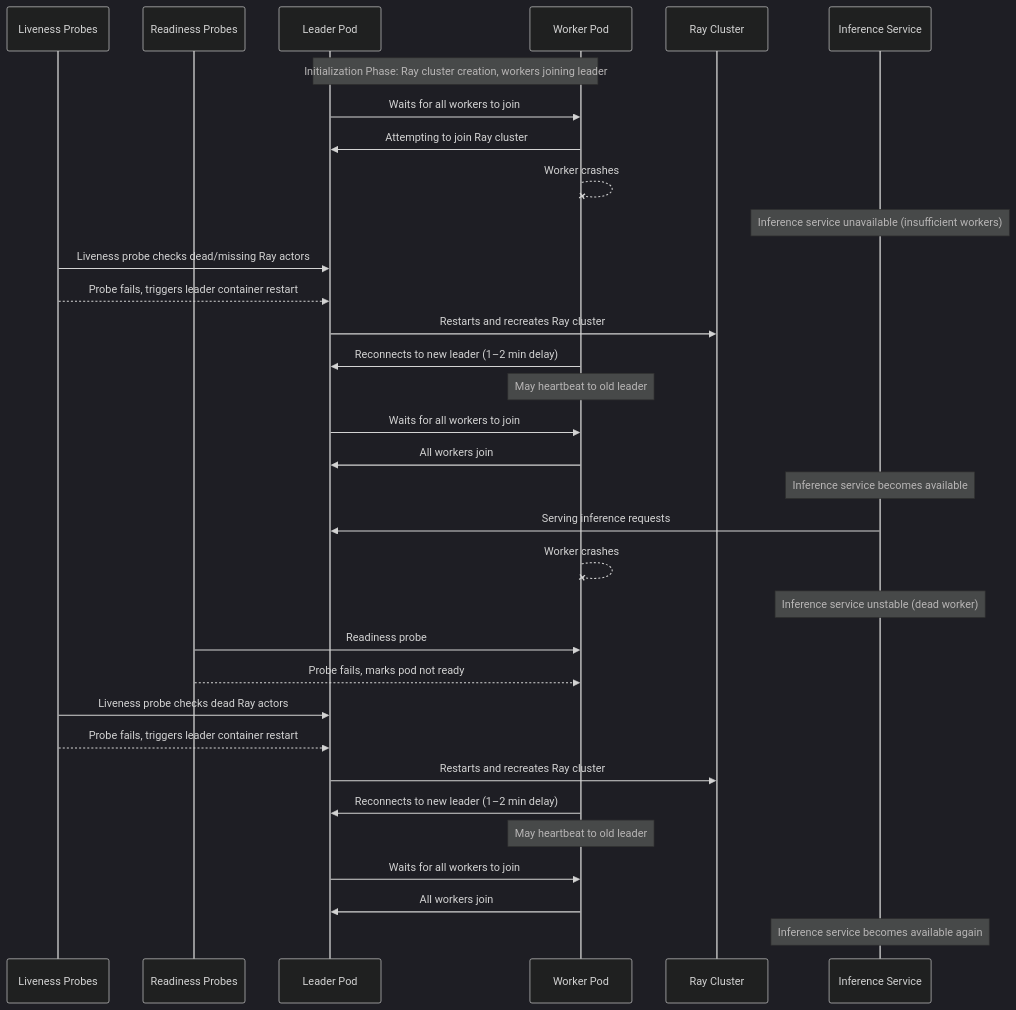
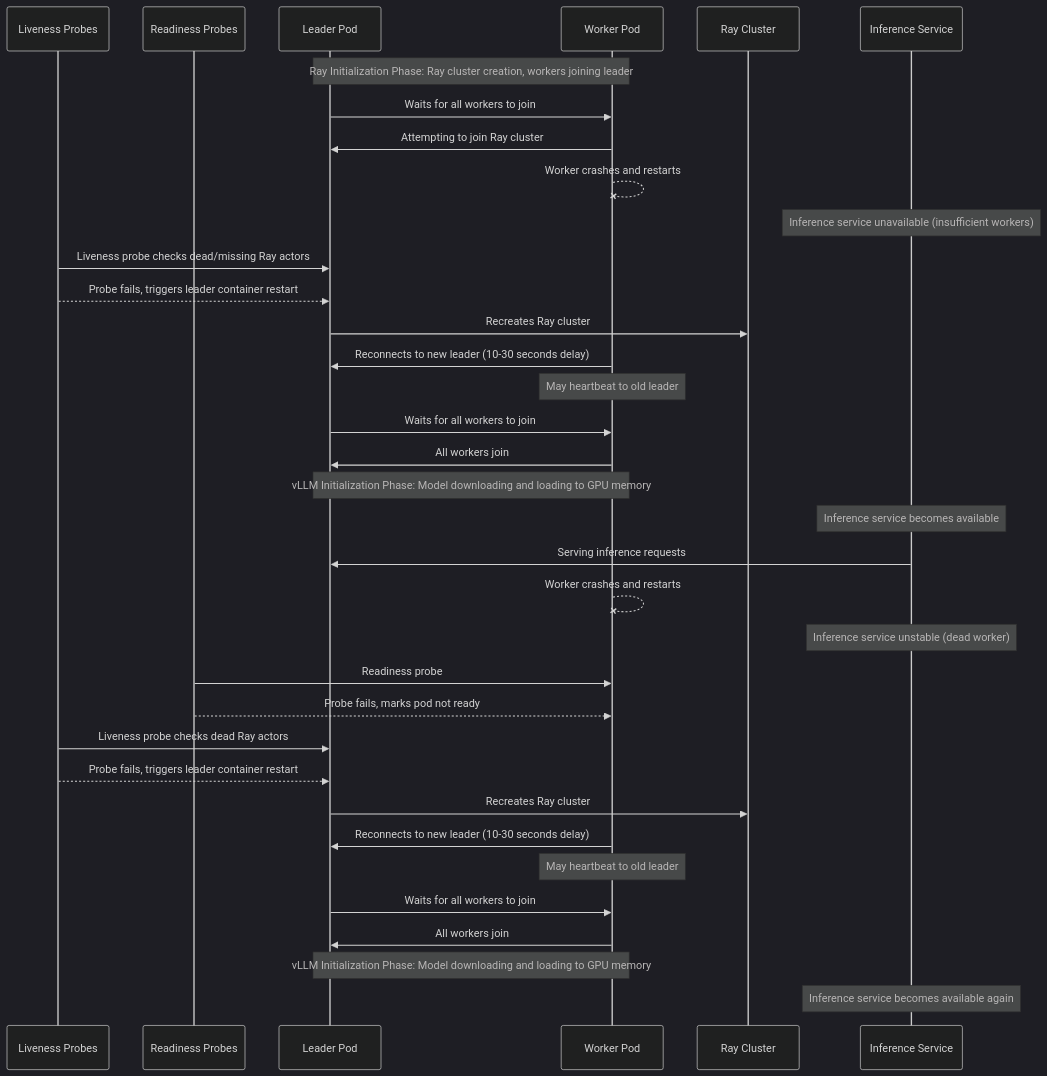
Before and after one commit to kaito-project/kaito: the second of 2 diagrams in docs/proposals/20250325-distributed-inference.md, drawn with Mermaid (dark theme). The commit also changed other lines of this file, not shown here.

````diff
--- a/docs/proposals/20250325-distributed-inference.md
+++ b/docs/proposals/20250325-distributed-inference.md
@@ -203,40 +206,41 @@
 ```mermaid
 sequenceDiagram
     participant K as Liveness Probes
     participant P as Readiness Probes
     participant L as Leader Pod
     participant W as Worker Pod
     participant R as Ray Cluster
     participant V as Inference Service
 
-    Note over L,W: Initialization Phase: Ray cluster creation, workers joining leader
-
+    Note over L,W: Ray Initialization Phase: Ray cluster creation, workers joining leader
     %% Worker Crash During Initialization
     L->>W: Waits for all workers to join
     W->>L: Attempting to join Ray cluster
-    W--xW: Worker crashes
+    W--xW: Worker crashes and restarts
     Note over V: Inference service unavailable (insufficient workers)
     K->>L: Liveness probe checks dead/missing Ray actors
     K-->>L: Probe fails, triggers leader container restart
-    L->>R: Restarts and recreates Ray cluster
-    W->>L: Reconnects to new leader (1–2 min delay)
+    L->>R: Recreates Ray cluster
+    W->>L: Reconnects to new leader (10-30 seconds delay)
     Note over W: May heartbeat to old leader
     L->>W: Waits for all workers to join
     W->>L: All workers join
+    Note over L,W: vLLM Initialization Phase: Model downloading and loading to GPU memory
     Note over V: Inference service becomes available
 
     %% Worker Crash After Inference Service is Ready
     V->>L: Serving inference requests
-    W--xW: Worker crashes
+    W--xW: Worker crashes and restarts
     Note over V: Inference service unstable (dead worker)
     P->>W: Readiness probe
     P-->>W: Probe fails, marks pod not ready
     K->>L: Liveness probe checks dead Ray actors
     K-->>L: Probe fails, triggers leader container restart
-    L->>R: Restarts and recreates Ray cluster
-    W->>L: Reconnects to new leader (1–2 min delay)
+    L->>R: Recreates Ray cluster
+    W->>L: Reconnects to new leader (10-30 seconds delay)
     Note over W: May heartbeat to old leader
     L->>W: Waits for all workers to join
     W->>L: All workers join
+    Note over L,W: vLLM Initialization Phase: Model downloading and loading to GPU memory
     Note over V: Inference service becomes available again
 ```
````
